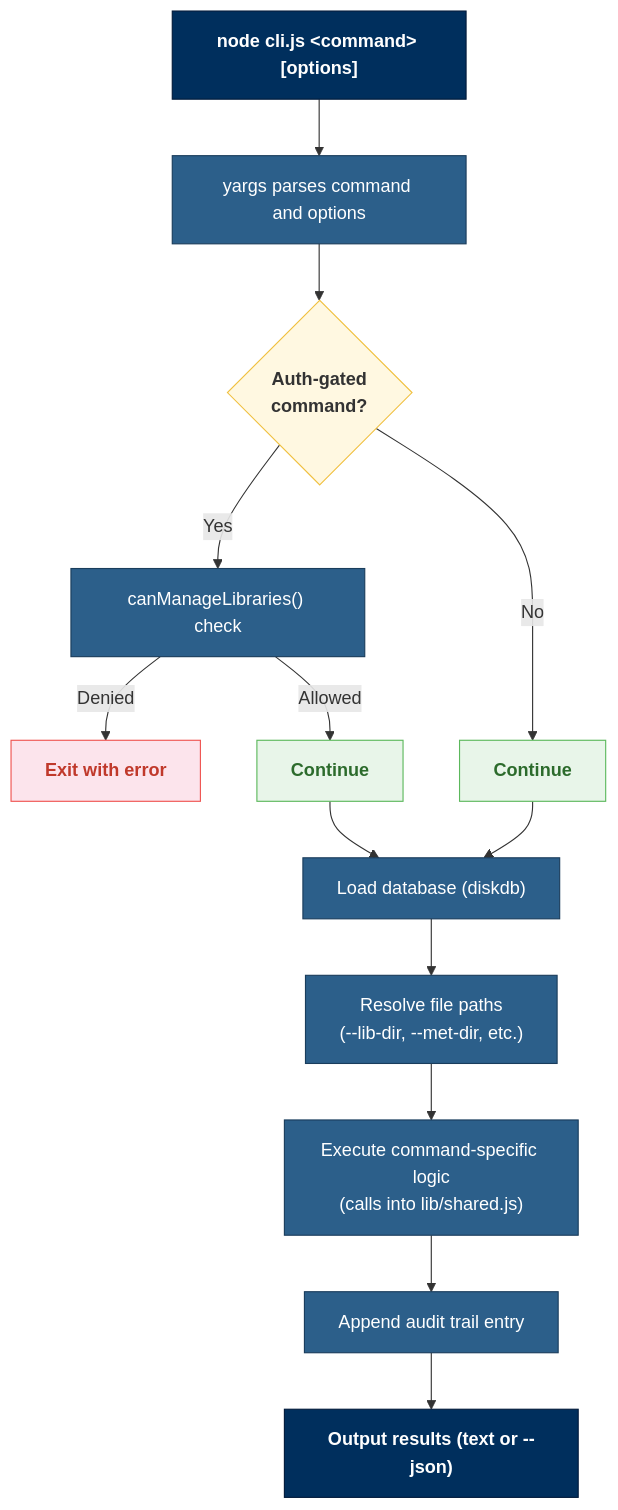
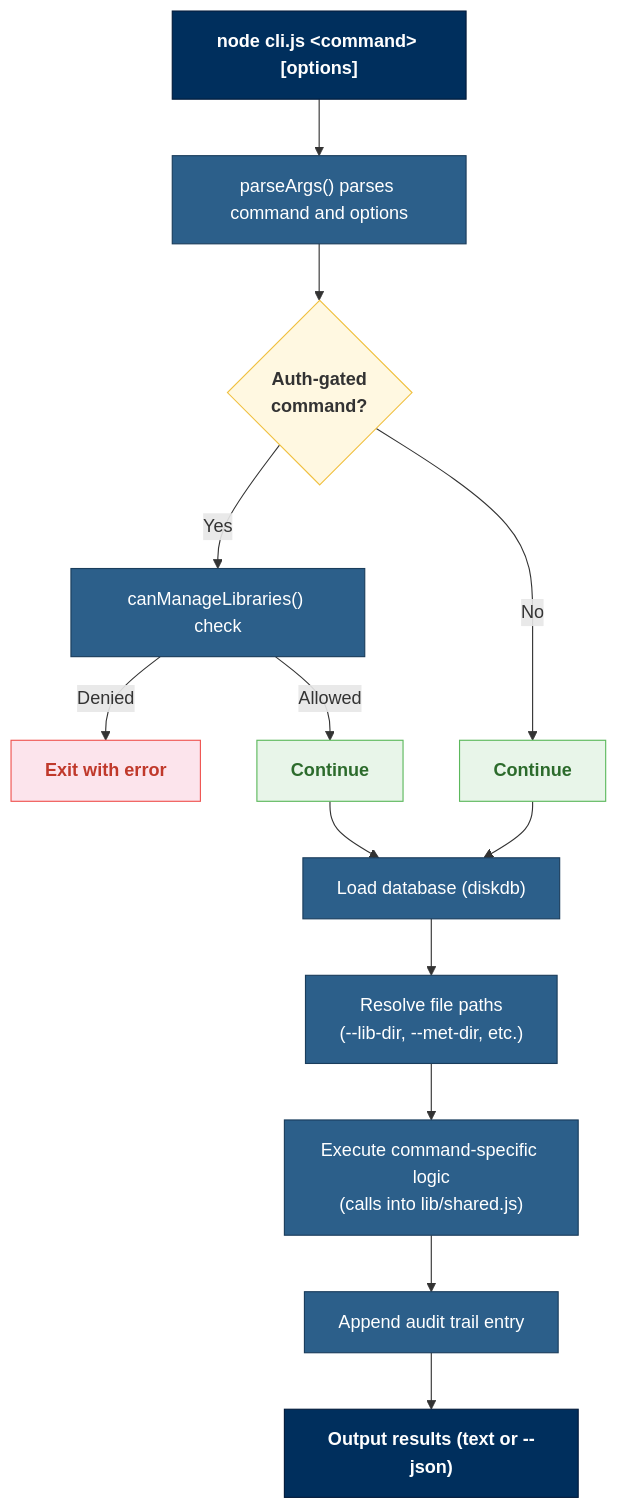
The diagram in CHM Help Source Files/mermaid_src/20_cli_processing_pipeline.mmd (zdmilot/Library-Manager-for-Venus-6), drawn with Mermaid before and after one commit. The commit also changed 10 other files, not shown here.

```diff
--- a/CHM Help Source Files/mermaid_src/20_cli_processing_pipeline.mmd
+++ b/CHM Help Source Files/mermaid_src/20_cli_processing_pipeline.mmd
@@ -1,35 +1,35 @@
 flowchart TD
     classDef action fill:#002f5d,color:#fff,stroke:#001a3a,font-weight:bold
     classDef process fill:#2c5f8a,color:#fff,stroke:#1a3d5c
     classDef decision fill:#fff8e1,color:#333,stroke:#f0c040,font-weight:bold
     classDef allowed fill:#e8f5e9,color:#2c6b2c,stroke:#5cb85c,font-weight:bold
     classDef denied fill:#fce4ec,color:#c0392b,stroke:#ef5350,font-weight:bold
 
     START["node cli.js &lt;command&gt; [options]"]:::action
-    PARSE["yargs parses command and options"]:::process
+    PARSE["parseArgs() parses command and options"]:::process
     IS_AUTH{"Auth-gated<br/>command?"}:::decision
     AUTH_CHK["canManageLibraries() check"]:::process
     AUTH_DENIED["Exit with error"]:::denied
     AUTH_OK["Continue"]:::allowed
 
     NO_AUTH["Continue"]:::allowed
 
     LOAD_DB["Load database (diskdb)"]:::process
     RESOLVE["Resolve file paths<br/>(--lib-dir, --met-dir, etc.)"]:::process
     EXECUTE["Execute command-specific logic<br/>(calls into lib/shared.js)"]:::process
     AUDIT["Append audit trail entry"]:::process
     OUTPUT["Output results (text or --json)"]:::action
 
     START --> PARSE
     PARSE --> IS_AUTH
     IS_AUTH -- "Yes" --> AUTH_CHK
     AUTH_CHK -- "Denied" --> AUTH_DENIED
     AUTH_CHK -- "Allowed" --> AUTH_OK
     IS_AUTH -- "No" --> NO_AUTH
 
     AUTH_OK --> LOAD_DB
     NO_AUTH --> LOAD_DB
     LOAD_DB --> RESOLVE
     RESOLVE --> EXECUTE
     EXECUTE --> AUDIT
     AUDIT --> OUTPUT
```
